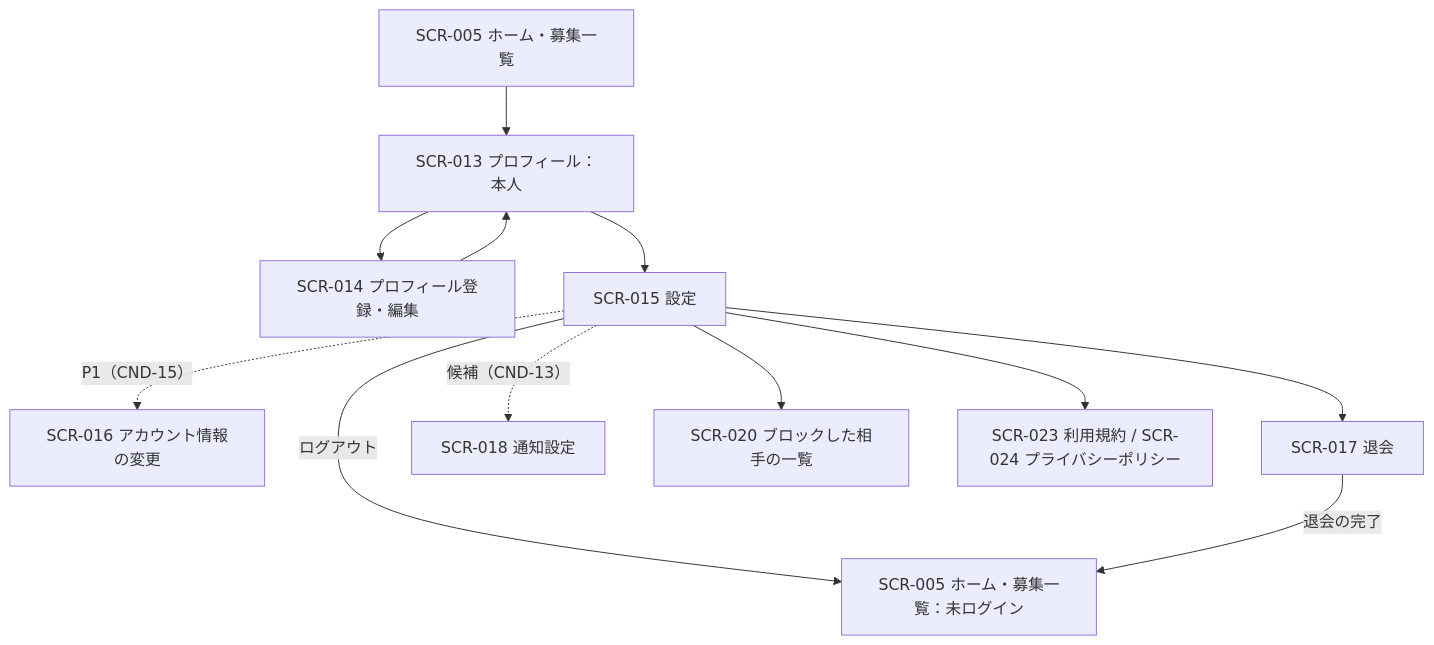
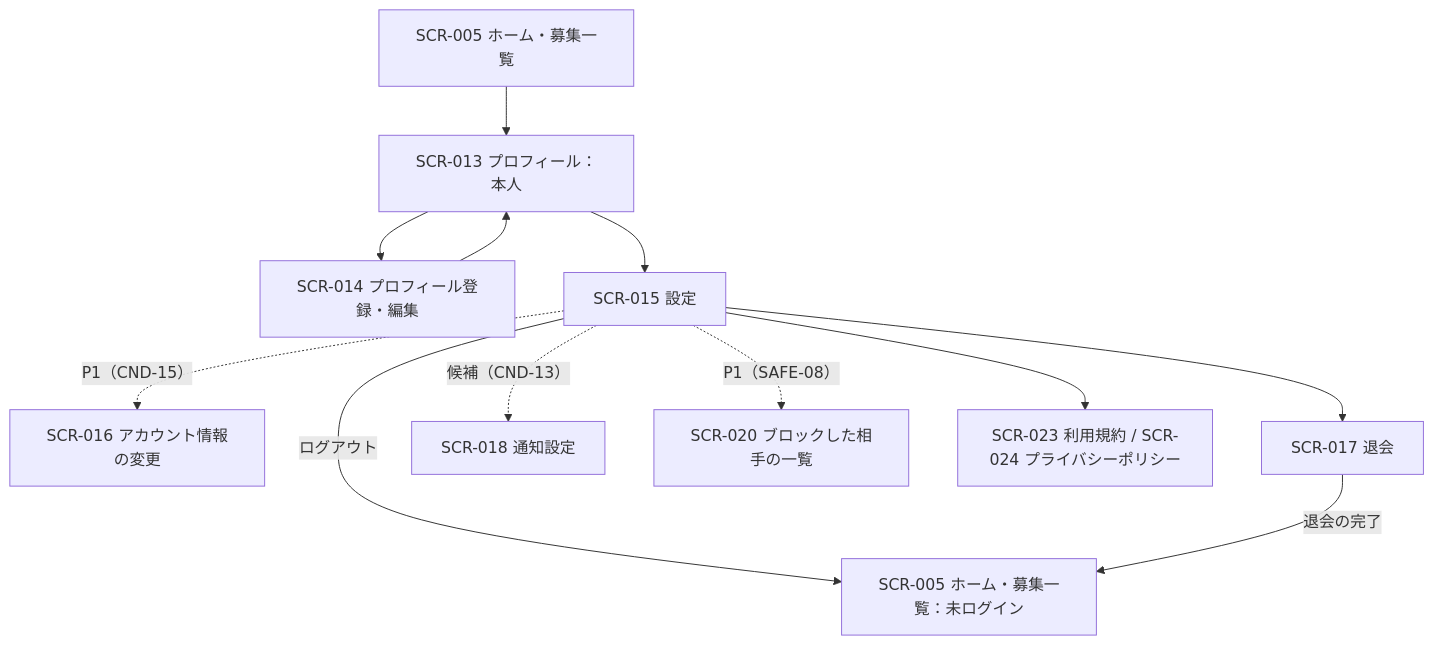
Before and after one commit to sysnovastudio-byte/nagoya-volleyball-matching: the fifth of 8 diagrams in docs/10_画面一覧.md, drawn with Mermaid. The commit also changed other lines of this file and 9 other files, not shown here.

````diff
--- a/docs/10_画面一覧.md
+++ b/docs/10_画面一覧.md
@@ -340,14 +342,14 @@
 ```mermaid
 flowchart TD
     E0["SCR-005 ホーム・募集一覧"] --> E1["SCR-013 プロフィール：本人"]
     E1 --> E2["SCR-014 プロフィール登録・編集"]
     E2 --> E1
     E1 --> E3["SCR-015 設定"]
     E3 -->|"ログアウト"| E4["SCR-005 ホーム・募集一覧：未ログイン"]
     E3 -.->|"P1（CND-15）"| E5["SCR-016 アカウント情報の変更"]
     E3 --> E6["SCR-017 退会"]
     E3 -.->|"候補（CND-13）"| E7["SCR-018 通知設定"]
-    E3 --> E8["SCR-020 ブロックした相手の一覧"]
+    E3 -.->|"P1（SAFE-08）"| E8["SCR-020 ブロックした相手の一覧"]
     E3 --> E9["SCR-023 利用規約 / SCR-024 プライバシーポリシー"]
     E6 -->|"退会の完了"| E4
 ```
````
